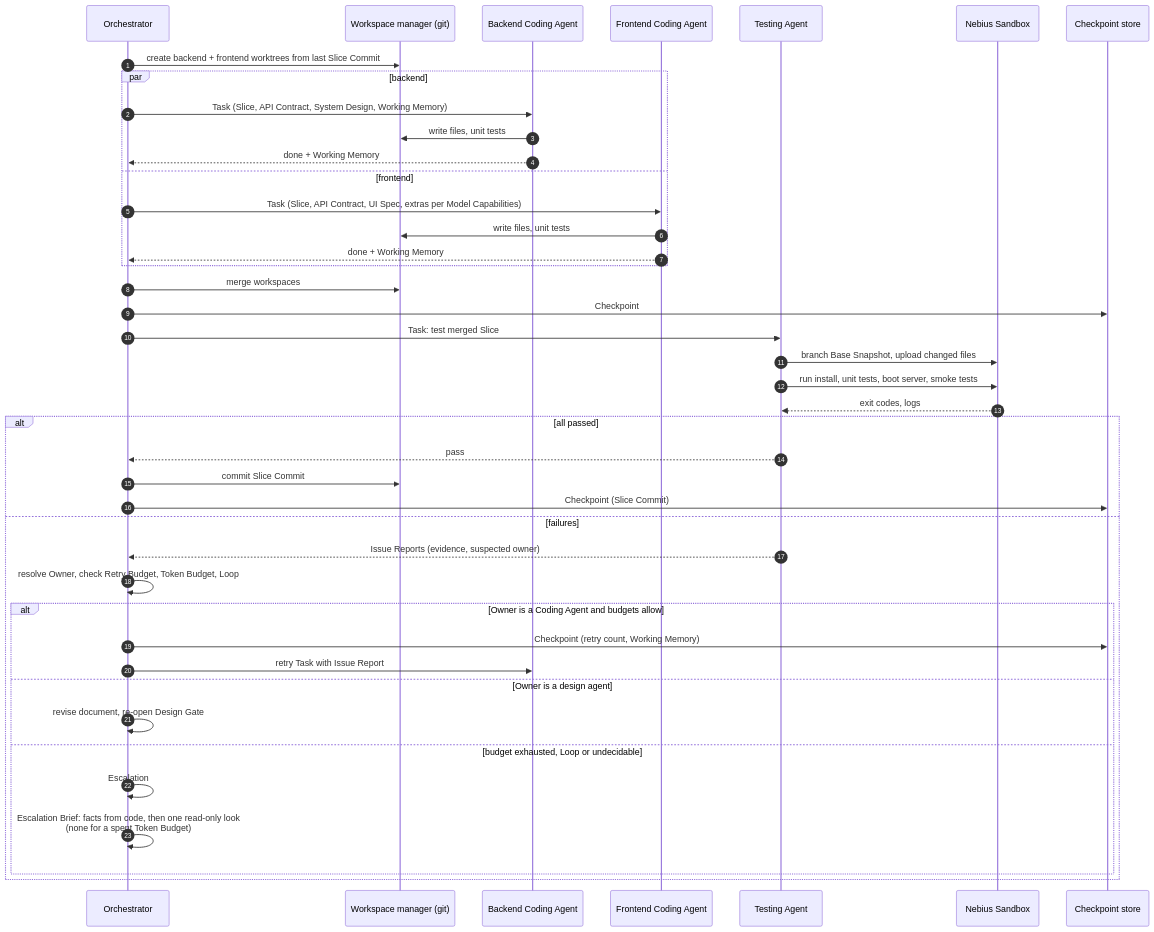
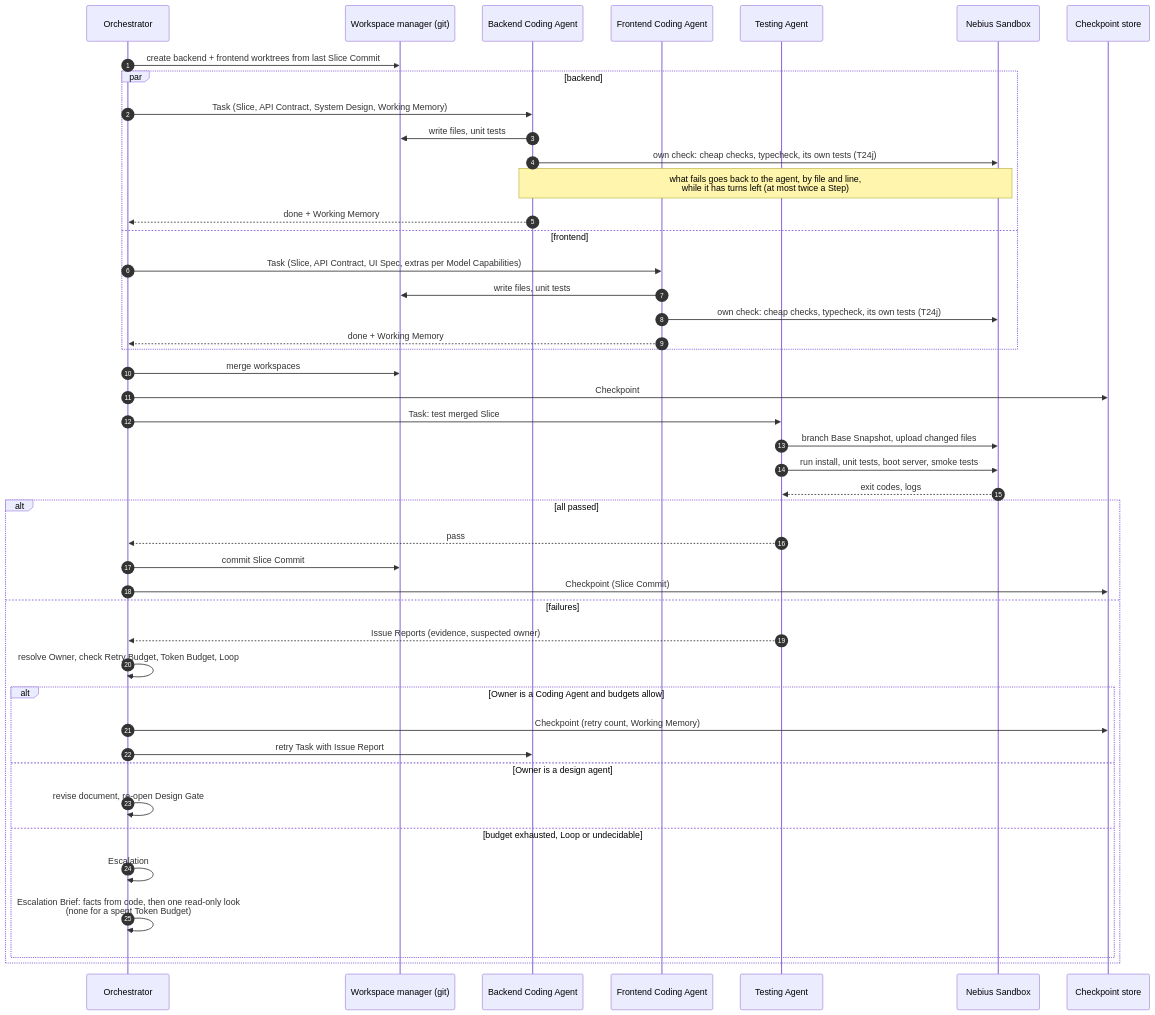
One commit to ChinGuang/sdlc-code changed the seventh of 10 diagrams in docs/design/uml.md. Above: the diagram before and after it, drawn with Mermaid. The commit also changed other lines of this file and 10 other files, not shown here.

````diff
--- a/docs/design/uml.md
+++ b/docs/design/uml.md
@@ -421,45 +421,48 @@
 ```mermaid
 sequenceDiagram
   autonumber
   participant O as Orchestrator
   participant W as Workspace manager (git)
   participant BE as Backend Coding Agent
   participant FE as Frontend Coding Agent
   participant T as Testing Agent
   participant S as Nebius Sandbox
   participant DB as Checkpoint store
 
   O->>W: create backend + frontend worktrees from last Slice Commit
   par backend
     O->>BE: Task (Slice, API Contract, System Design, Working Memory)
     BE->>W: write files, unit tests
+    BE->>S: own check: cheap checks, typecheck, its own tests (T24j)
+    Note over BE,S: what fails goes back to the agent, by file and line,<br/>while it has turns left (at most twice a Step)
     BE-->>O: done + Working Memory
   and frontend
     O->>FE: Task (Slice, API Contract, UI Spec, extras per Model Capabilities)
     FE->>W: write files, unit tests
+    FE->>S: own check: cheap checks, typecheck, its own tests (T24j)
     FE-->>O: done + Working Memory
   end
   O->>W: merge workspaces
   O->>DB: Checkpoint
   O->>T: Task: test merged Slice
   T->>S: branch Base Snapshot, upload changed files
   T->>S: run install, unit tests, boot server, smoke tests
   S-->>T: exit codes, logs
   alt all passed
     T-->>O: pass
     O->>W: commit Slice Commit
     O->>DB: Checkpoint (Slice Commit)
   else failures
     T-->>O: Issue Reports (evidence, suspected owner)
     O->>O: resolve Owner, check Retry Budget, Token Budget, Loop
     alt Owner is a Coding Agent and budgets allow
       O->>DB: Checkpoint (retry count, Working Memory)
       O->>BE: retry Task with Issue Report
     else Owner is a design agent
       O->>O: revise document, re-open Design Gate
     else budget exhausted, Loop or undecidable
       O->>O: Escalation
       O->>O: Escalation Brief: facts from code, then one read-only look<br/>(none for a spent Token Budget)
     end
   end
 ```
````
